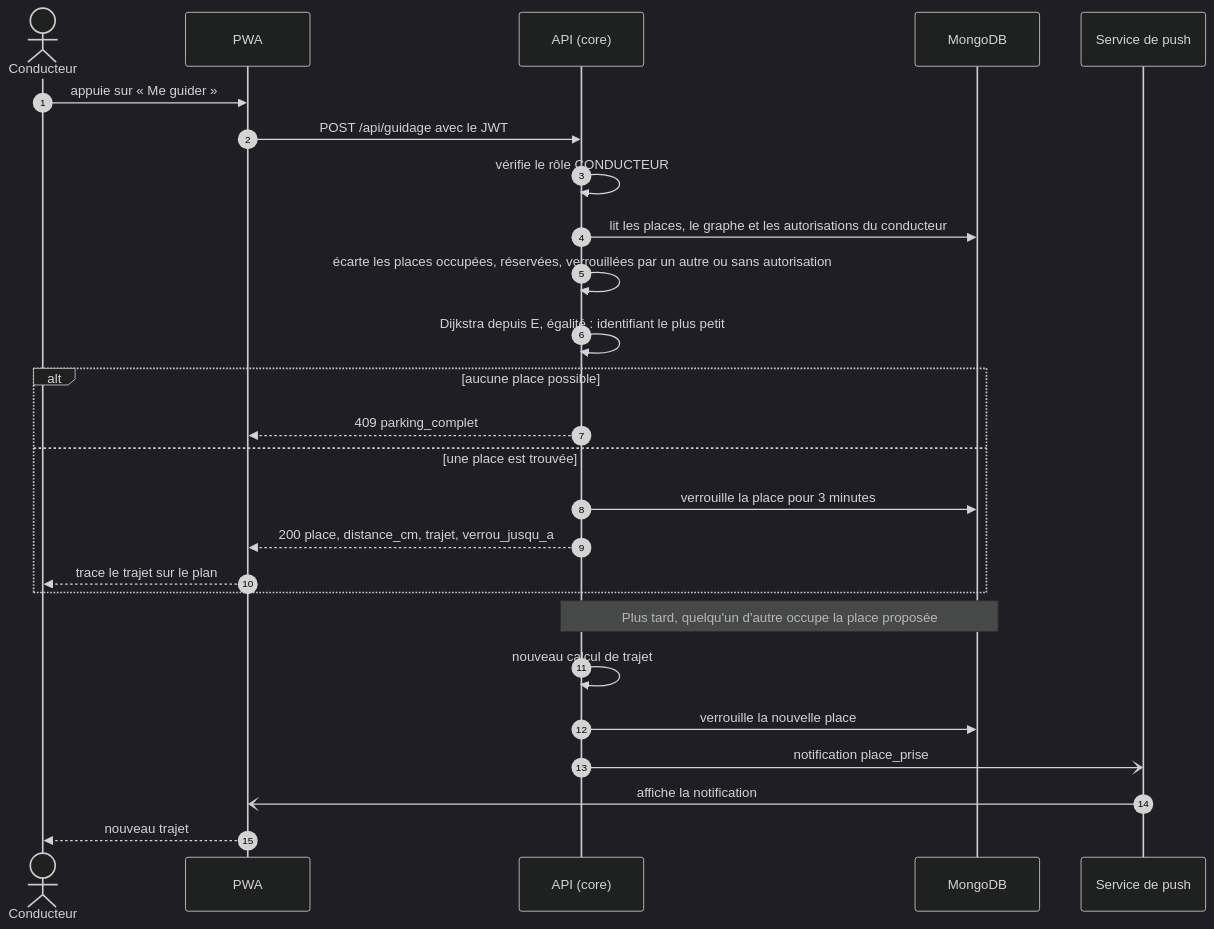
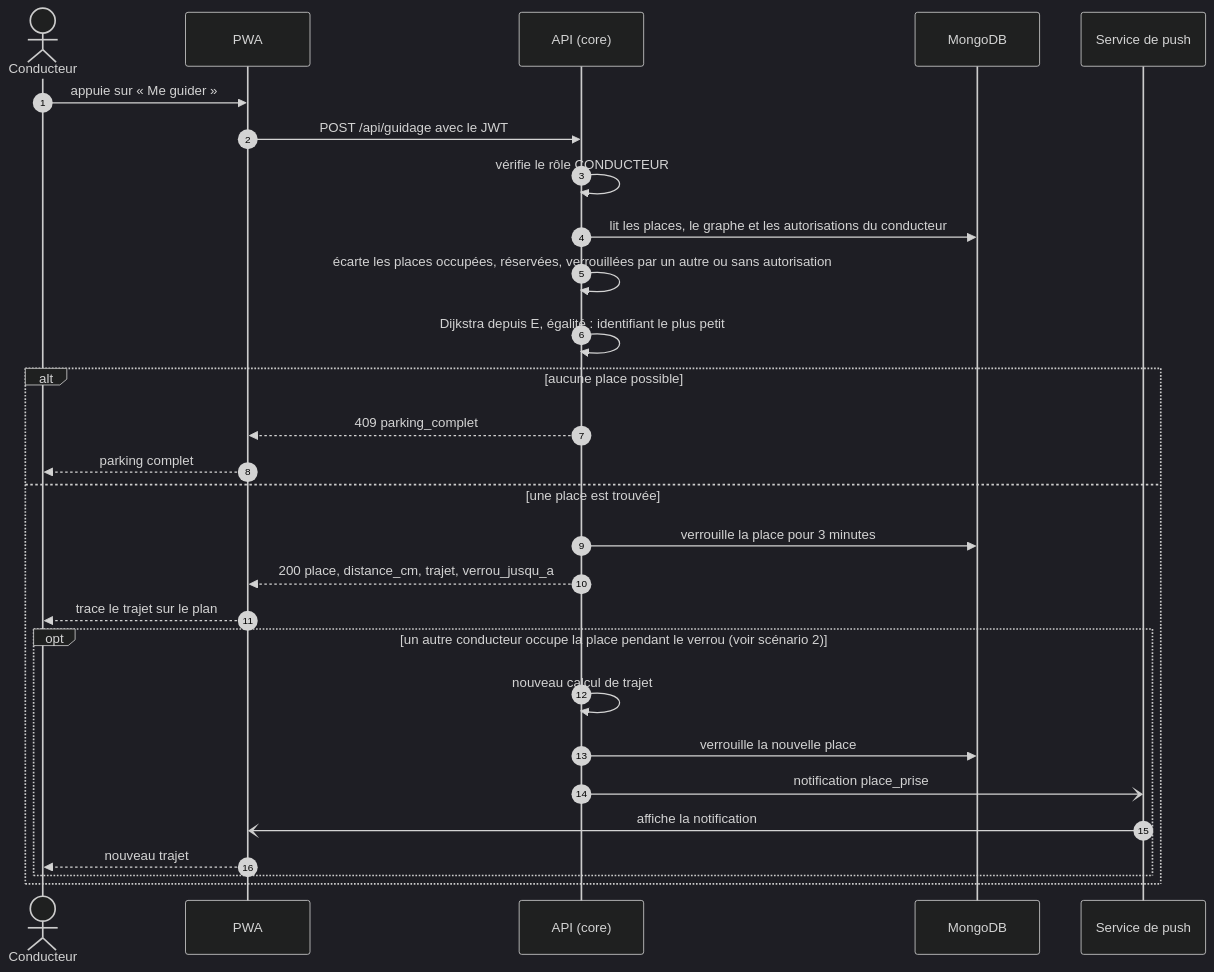
One commit to amaltrigui19/projet_smart_parking changed the third of 6 diagrams in docs/uml/03-sequences.md. Above: the diagram before and after it, drawn with Mermaid (dark theme). The commit also changed other lines of this file and 3 other files, not shown here.

Commit message:
uml corrigée

````diff
--- a/docs/uml/03-sequences.md
+++ b/docs/uml/03-sequences.md
@@ -87,31 +95,33 @@
 ```mermaid
 sequenceDiagram
     autonumber
     actor C as Conducteur
     participant PWA
     participant API as API (core)
     participant DB as MongoDB
     participant Push as Service de push
 
     C->>PWA: appuie sur « Me guider »
     PWA->>API: POST /api/guidage avec le JWT
     API->>API: vérifie le rôle CONDUCTEUR
     API->>DB: lit les places, le graphe et les autorisations du conducteur
     API->>API: écarte les places occupées, réservées, verrouillées par un autre ou sans autorisation
     API->>API: Dijkstra depuis E, égalité : identifiant le plus petit
 
     alt aucune place possible
         API-->>PWA: 409 parking_complet
+        PWA-->>C: parking complet
     else une place est trouvée
         API->>DB: verrouille la place pour 3 minutes
         API-->>PWA: 200 place, distance_cm, trajet, verrou_jusqu_a
         PWA-->>C: trace le trajet sur le plan
+
+        opt un autre conducteur occupe la place pendant le verrou (voir scénario 2)
+            API->>API: nouveau calcul de trajet
+            API->>DB: verrouille la nouvelle place
+            API-)Push: notification place_prise
+            Push-)PWA: affiche la notification
+            PWA-->>C: nouveau trajet
+        end
     end
-
-    Note over API,DB: Plus tard, quelqu'un d'autre occupe la place proposée
-    API->>API: nouveau calcul de trajet
-    API->>DB: verrouille la nouvelle place
-    API-)Push: notification place_prise
-    Push-)PWA: affiche la notification
-    PWA-->>C: nouveau trajet
 ```
````
